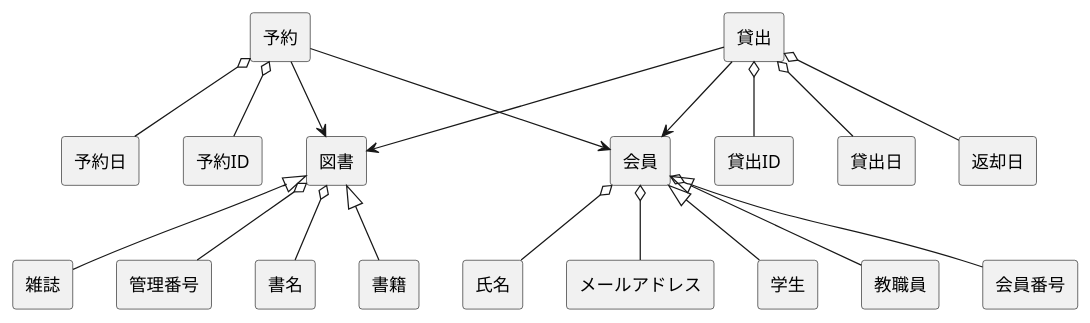
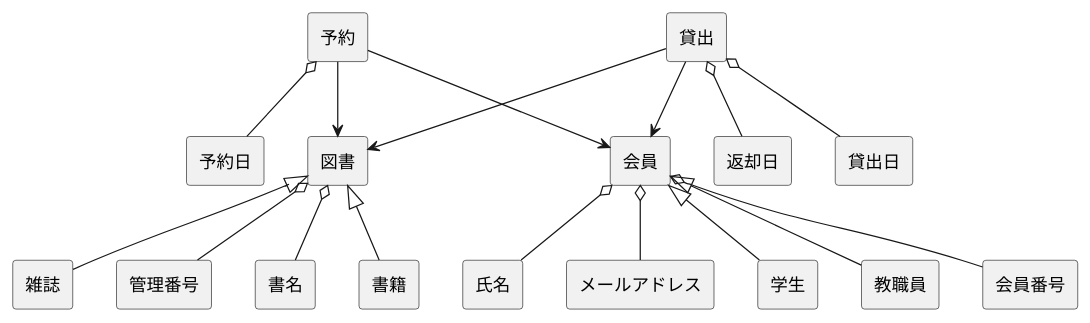
The diagram in kouka_library/domain.pu (ghbuser12/ohara_uml), drawn with PlantUML before and after one commit.

```diff
--- a/kouka_library/domain.pu
+++ b/kouka_library/domain.pu
@@ -1,30 +1,28 @@
 @startuml 図書館システムドメインモデル図
 skinparam componentStyle rectangle
 
 ' 会員関連
 [会員] <|-- [学生]
 [会員] <|-- [教職員]
 [会員] o-- [会員番号]
 [会員] o-- [氏名]
 [会員] o-- [メールアドレス]
 
 ' 図書関連
 [図書] <|-- [書籍]
 [図書] <|-- [雑誌]
 [図書] o-- [管理番号]
 [図書] o-- [書名]
 
 ' 貸出関連
-[貸出] o-- [貸出ID]
 [貸出] o-- [貸出日]
 [貸出] o-- [返却日]
 [貸出] --> [会員]
 [貸出] --> [図書]
 
 ' 予約関連
-[予約] o-- [予約ID]
 [予約] o-- [予約日]
 [予約] --> [会員]
 [予約] --> [図書]
 
 @enduml
```
